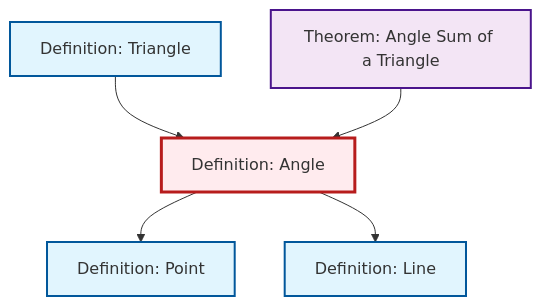
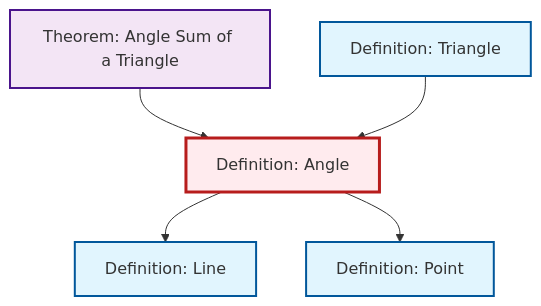
One commit to RK0429/ModernMath changed the diagram in content/ja/geometry/def-angle.qmd. Above: the diagram before and after it, drawn with Mermaid. The commit also changed other lines of this file and 491 other files, not shown here.

````diff
--- a/content/ja/geometry/def-angle.qmd
+++ b/content/ja/geometry/def-angle.qmd
@@ -50,23 +50,23 @@
 ```{mermaid}
 %%| fig-cap: "Local dependency graph"
 graph TD
     classDef definition fill:#e1f5fe,stroke:#01579b,stroke-width:2px
     classDef theorem fill:#f3e5f5,stroke:#4a148c,stroke-width:2px
     classDef axiom fill:#fff3e0,stroke:#e65100,stroke-width:2px
     classDef example fill:#e8f5e9,stroke:#1b5e20,stroke-width:2px
     classDef current fill:#ffebee,stroke:#b71c1c,stroke-width:3px
+    def-point["Definition: Point"]:::definition
     def-line["Definition: Line"]:::definition
-    def-triangle["Definition: Triangle"]:::definition
     thm-angle-sum-triangle["Theorem: Angle Sum of a Triangle"]:::theorem
     def-angle["Definition: Angle"]:::definition
-    def-point["Definition: Point"]:::definition
+    def-triangle["Definition: Triangle"]:::definition
+    thm-angle-sum-triangle --> def-angle
+    def-triangle --> def-angle
+    def-angle --> def-line
     def-angle --> def-point
-    def-angle --> def-line
-    def-triangle --> def-angle
-    thm-angle-sum-triangle --> def-angle
     class def-angle current
+    click def-point "def-point.html" "Definition: Pointへ"
     click def-line "def-line.html" "Definition: Lineへ"
+    click thm-angle-sum-triangle "thm-angle-sum-triangle.html" "Theorem: Angle Sum of a Triangleへ"
     click def-triangle "def-triangle.html" "Definition: Triangleへ"
-    click thm-angle-sum-triangle "thm-angle-sum-triangle.html" "Theorem: Angle Sum of a Triangleへ"
-    click def-point "def-point.html" "Definition: Pointへ"
 ```
````
